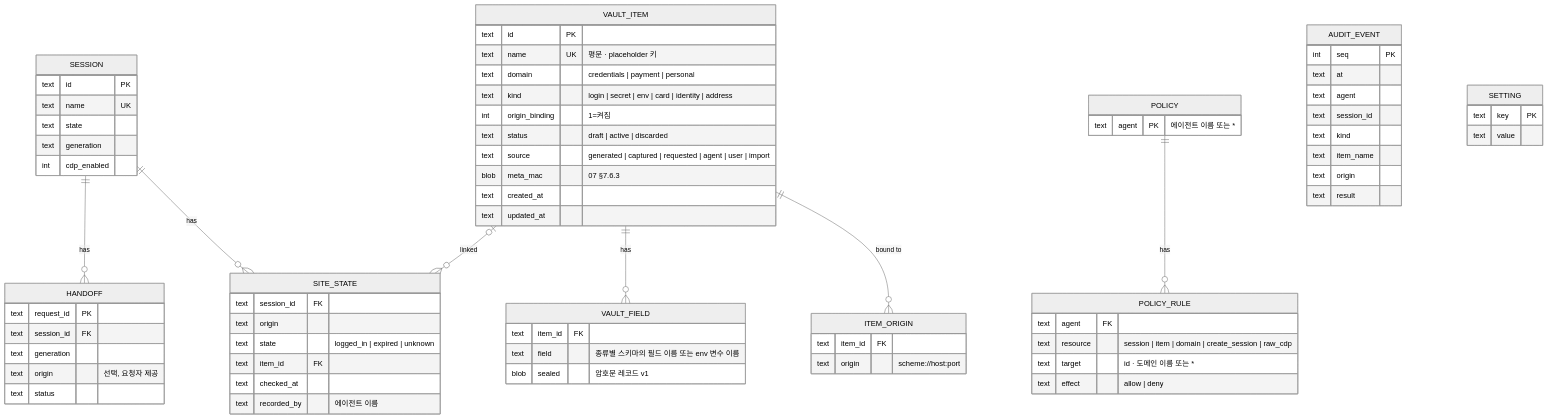
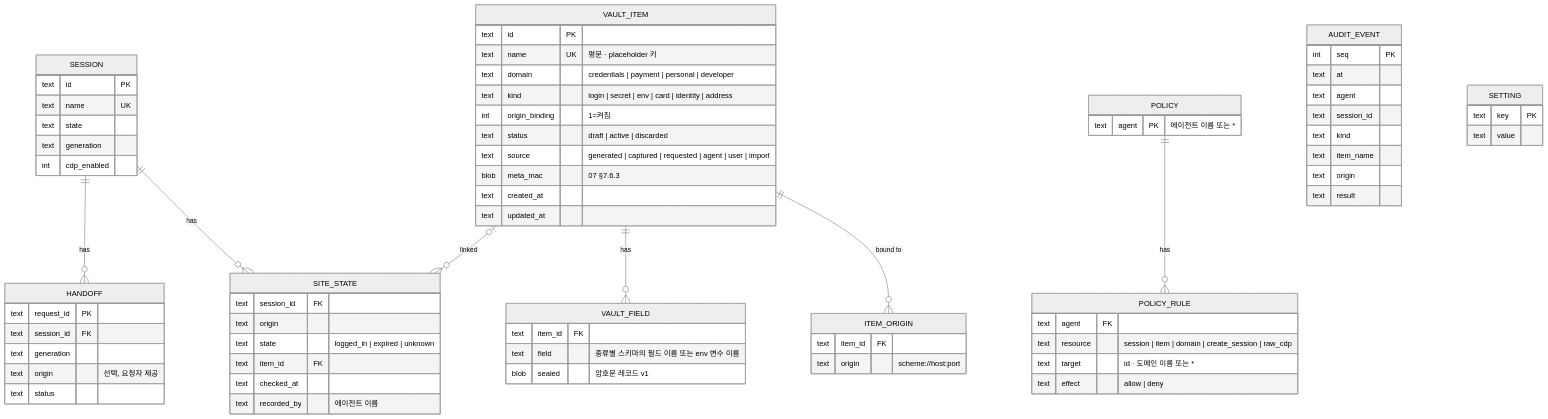
Before and after one commit to LeeSwallow/KeyHarbor: diagram 12 of 17 in docs/design/02-system-architecture.md, drawn with Mermaid (neutral theme). The commit also changed other lines of this file and 135 other files, not shown here.

First line of the commit message:
fix: phase 3 hardening and the developer secrets domain (#15)

````diff
--- a/docs/design/02-system-architecture.md
+++ b/docs/design/02-system-architecture.md
@@ -315,75 +315,75 @@
 ```mermaid
 erDiagram
   SESSION ||--o{ HANDOFF : has
   SESSION ||--o{ SITE_STATE : has
   VAULT_ITEM ||--o{ VAULT_FIELD : has
   VAULT_ITEM ||--o{ ITEM_ORIGIN : "bound to"
   VAULT_ITEM |o--o{ SITE_STATE : "linked"
   POLICY ||--o{ POLICY_RULE : has
   SESSION {
     text id PK
     text name UK
     text state
     text generation
     int  cdp_enabled
   }
   HANDOFF {
     text request_id PK
     text session_id FK
     text generation
     text origin "선택, 요청자 제공"
     text status
   }
   VAULT_ITEM {
     text id PK
     text name UK "평문 · placeholder 키"
-    text domain "credentials | payment | personal"
+    text domain "credentials | payment | personal | developer"
     text kind "login | secret | env | card | identity | address"
     int  origin_binding "1=켜짐"
     text status "draft | active | discarded"
     text source "generated | captured | requested | agent | user | import"
     blob meta_mac "07 §7.6.3"
     text created_at
     text updated_at
   }
   VAULT_FIELD {
     text item_id FK
     text field "종류별 스키마의 필드 이름 또는 env 변수 이름"
     blob sealed "암호문 레코드 v1"
   }
   ITEM_ORIGIN {
     text item_id FK
     text origin "scheme://host:port"
   }
   SITE_STATE {
     text session_id FK
     text origin
     text state "logged_in | expired | unknown"
     text item_id FK
     text checked_at
     text recorded_by "에이전트 이름"
   }
   POLICY {
     text agent PK "에이전트 이름 또는 *"
   }
   POLICY_RULE {
     text agent FK
     text resource "session | item | domain | create_session | raw_cdp"
     text target "id · 도메인 이름 또는 *"
     text effect "allow | deny"
   }
   AUDIT_EVENT {
     int  seq PK
     text at
     text agent
     text session_id
     text kind
     text item_name
     text origin
     text result
   }
   SETTING {
     text key PK
     text value
   }
 ```
````
